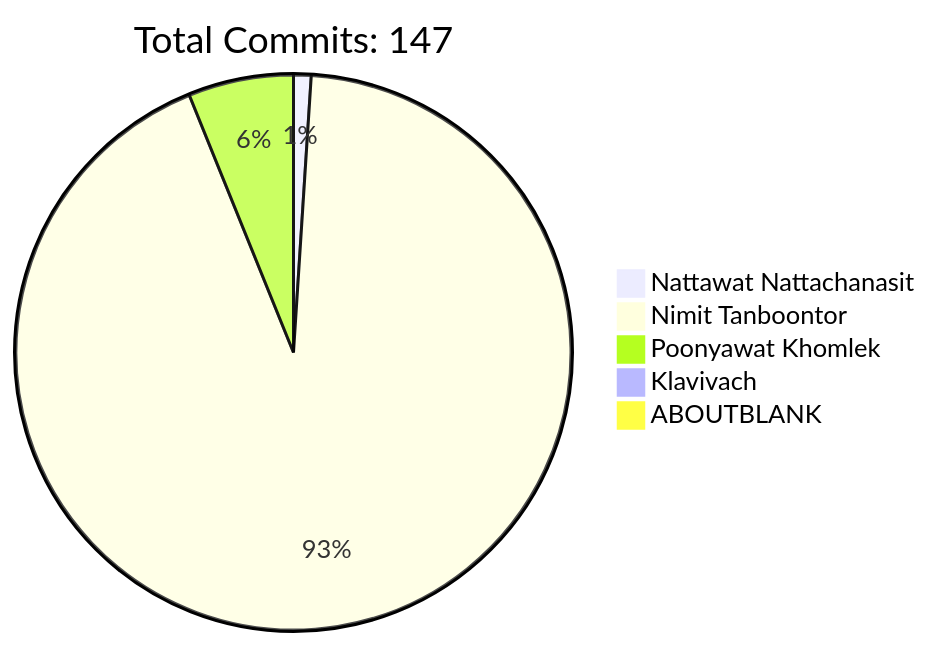
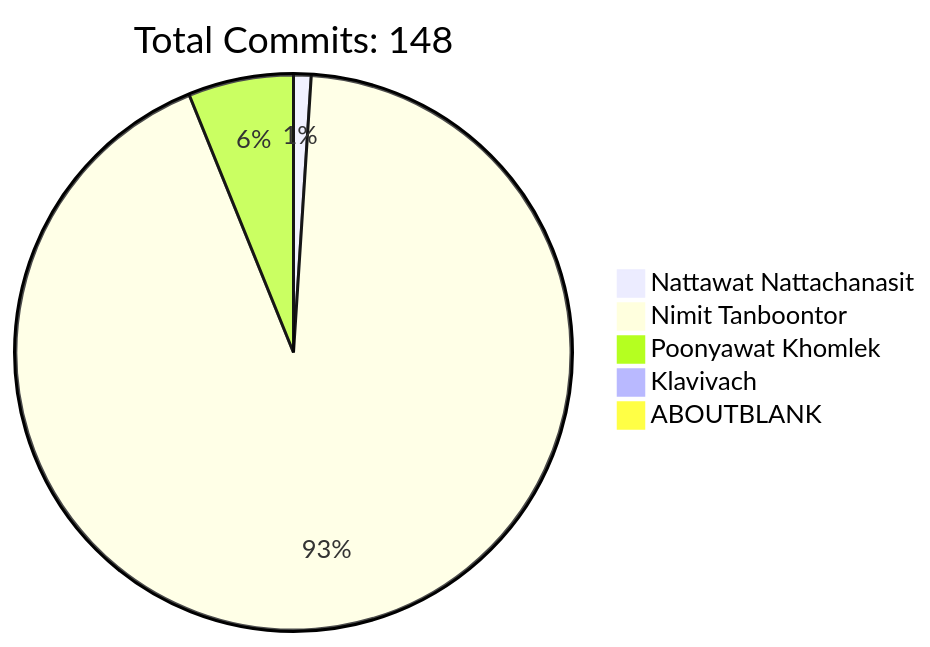
The diagram in README.md (HLLC-MFU/HLLC-2025), drawn with Mermaid before and after one commit. The commit also changed other lines of this file, not shown here.

````diff
--- a/README.md
+++ b/README.md
@@ -170,9 +170,9 @@
 ```mermaid
 pie
-    title Total Commits: 147
+    title Total Commits: 148
     "Nattawat Nattachanasit" : 1
     "Nimit Tanboontor" : 91
     "Poonyawat Khomlek" : 6
     "Klavivach" : 0
     "ABOUTBLANK" : 0
 ```
````
